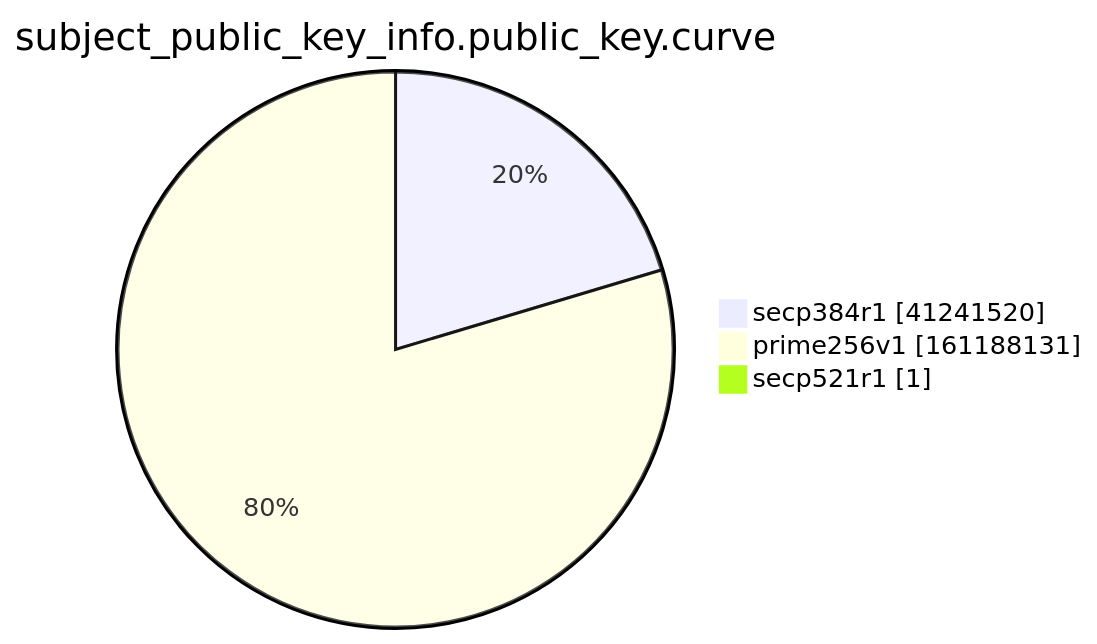
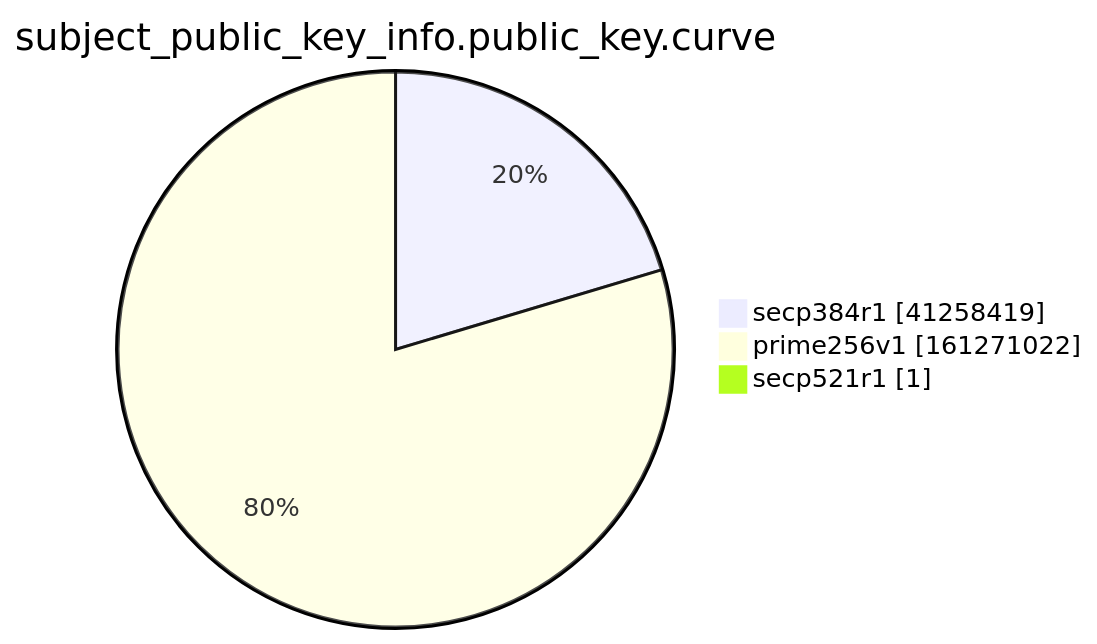
Before and after one commit to christiankrug/ctmonitor_visualization: the ninth of 15 diagrams in xenon2022/README.md, drawn with Mermaid. The commit also changed other lines of this file, not shown here.

````diff
--- a/xenon2022/README.md
+++ b/xenon2022/README.md
@@ -2868,7 +2868,7 @@
 ```mermaid
 pie showData
 title subject_public_key_info.public_key.curve
-"secp384r1" :41241520
-"prime256v1" :161188131
+"secp384r1" :41258419
+"prime256v1" :161271022
 "secp521r1" :1
 ```
````
